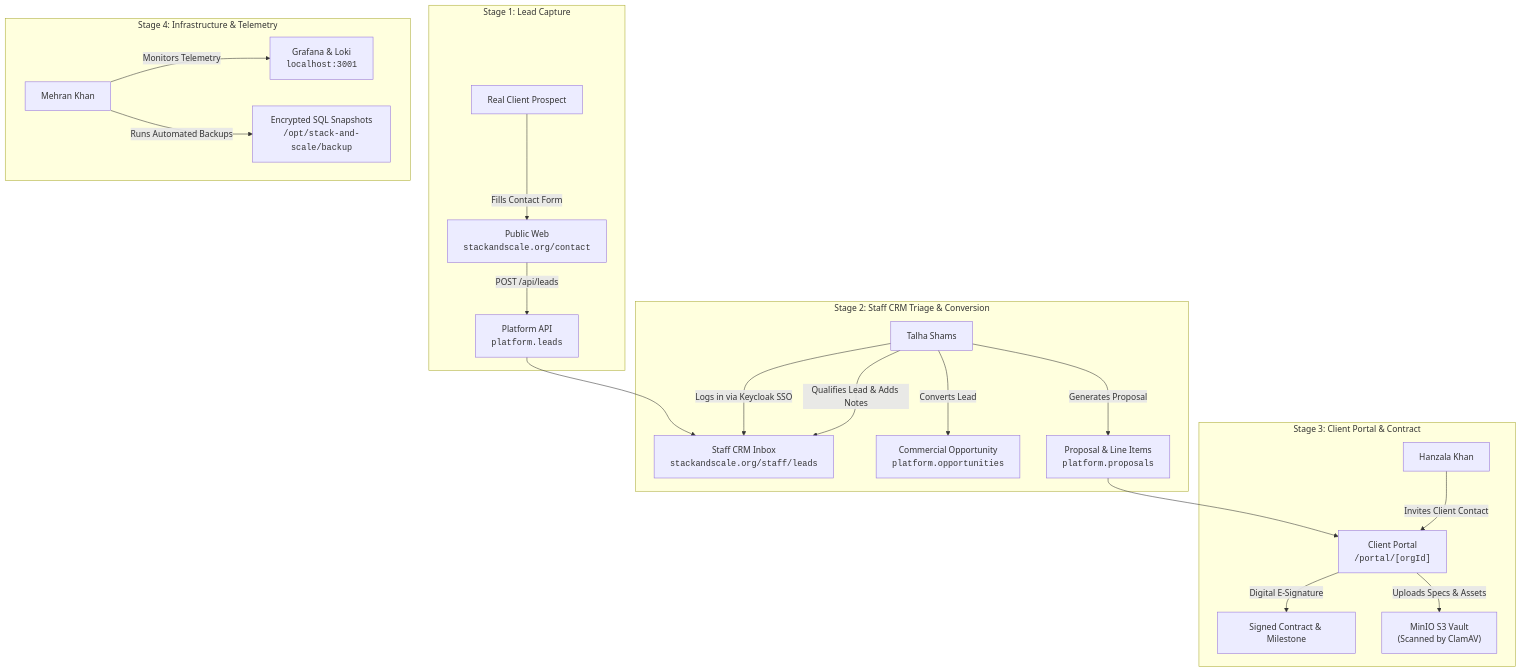
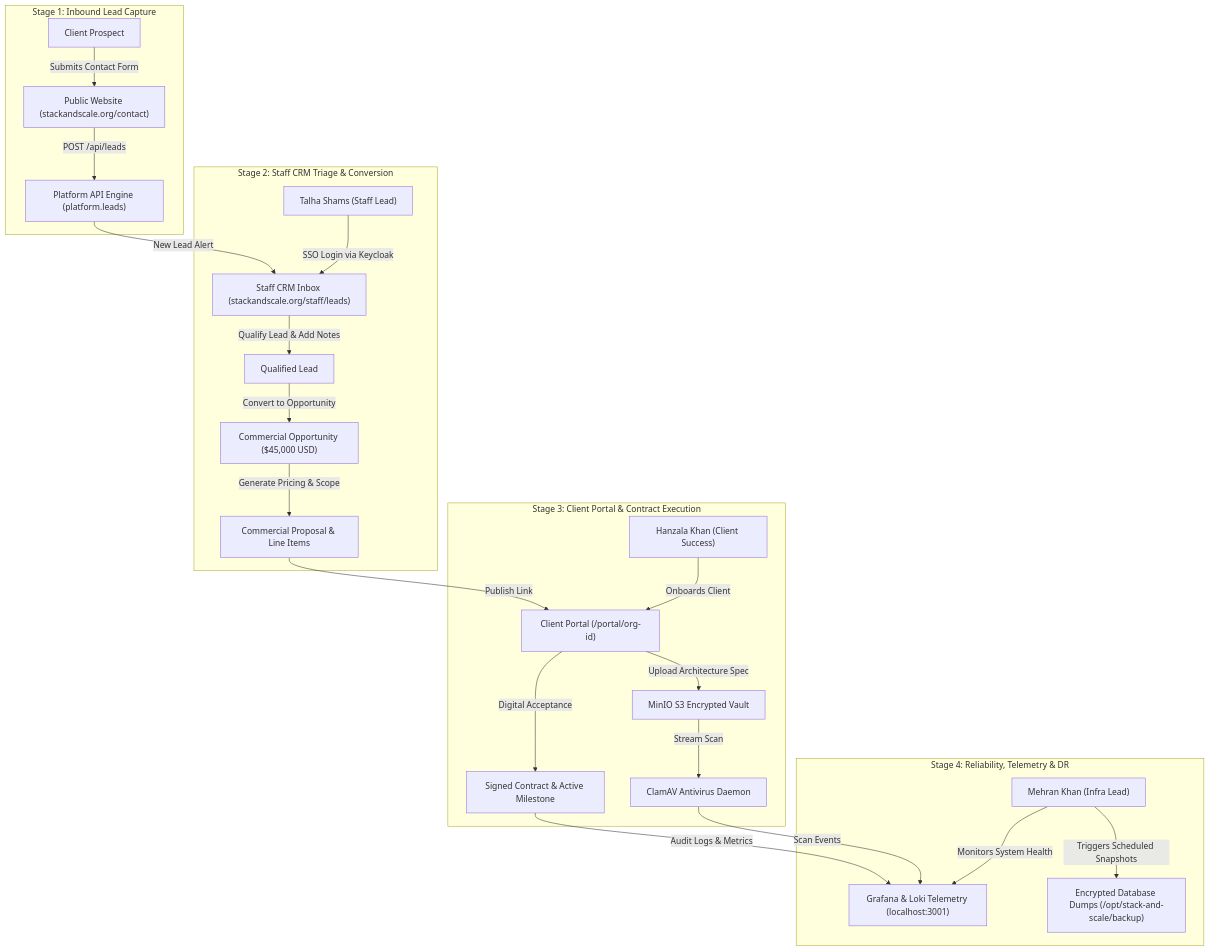
The diagram in docs/qa/TRAININGGUIDE.md (saadkhan2003/stack_and_scale), drawn with Mermaid before and after one commit.

Commit message:
docs(qa): fix mermaid flowchart syntax to ensure 100% rendering compatibility

````diff
--- a/docs/qa/TRAININGGUIDE.md
+++ b/docs/qa/TRAININGGUIDE.md
@@ -9,27 +9,30 @@
 ```mermaid
 flowchart TD
-    subgraph STAGE1["Stage 1: Lead Capture"]
-        C["Real Client Prospect"] -->|Fills Contact Form| W["Public Web<br/><code>stackandscale.org/contact</code>"]
-        W -->|POST /api/leads| API["Platform API<br/><code>platform.leads</code>"]
+    subgraph STAGE1["Stage 1: Inbound Lead Capture"]
+        C["Client Prospect"] -->|"Submits Contact Form"| W["Public Website (stackandscale.org/contact)"]
+        W -->|"POST /api/leads"| API["Platform API Engine (platform.leads)"]
     end
 
     subgraph STAGE2["Stage 2: Staff CRM Triage & Conversion"]
-        API --> S["Staff CRM Inbox<br/><code>stackandscale.org/staff/leads</code>"]
-        TS["Talha Shams"] -->|Logs in via Keycloak SSO| S
-        TS -->|Qualifies Lead & Adds Notes| S
-        TS -->|Converts Lead| OPP["Commercial Opportunity<br/><code>platform.opportunities</code>"]
-        TS -->|Generates Proposal| PROP["Proposal & Line Items<br/><code>platform.proposals</code>"]
+        API -->|"New Lead Alert"| S["Staff CRM Inbox (stackandscale.org/staff/leads)"]
+        TS["Talha Shams (Staff Lead)"] -->|"SSO Login via Keycloak"| S
+        S -->|"Qualify Lead & Add Notes"| QUAL["Qualified Lead"]
+        QUAL -->|"Convert to Opportunity"| OPP["Commercial Opportunity ($45,000 USD)"]
+        OPP -->|"Generate Pricing & Scope"| PROP["Commercial Proposal & Line Items"]
     end
 
-    subgraph STAGE3["Stage 3: Client Portal & Contract"]
-        PROP --> CP["Client Portal<br/><code>/portal/[orgId]</code>"]
-        HK["Hanzala Khan"] -->|Invites Client Contact| CP
-        CP -->|Digital E-Signature| SIGN["Signed Contract & Milestone"]
-        CP -->|Uploads Specs & Assets| MINIO["MinIO S3 Vault<br/>(Scanned by ClamAV)"]
+    subgraph STAGE3["Stage 3: Client Portal & Contract Execution"]
+        PROP -->|"Publish Link"| CP["Client Portal (/portal/org-id)"]
+        HK["Hanzala Khan (Client Success)"] -->|"Onboards Client"| CP
+        CP -->|"Digital Acceptance"| SIGN["Signed Contract & Active Milestone"]
+        CP -->|"Upload Architecture Spec"| MINIO["MinIO S3 Encrypted Vault"]
+        MINIO -->|"Stream Scan"| CLAM["ClamAV Antivirus Daemon"]
     end
 
-    subgraph STAGE4["Stage 4: Infrastructure & Telemetry"]
-        MK["Mehran Khan"] -->|Monitors Telemetry| GRAF["Grafana & Loki<br/><code>localhost:3001</code>"]
-        MK -->|Runs Automated Backups| BAK["Encrypted SQL Snapshots<br/><code>/opt/stack-and-scale/backup</code>"]
+    subgraph STAGE4["Stage 4: Reliability, Telemetry & DR"]
+        SIGN -->|"Audit Logs & Metrics"| GRAF["Grafana & Loki Telemetry (localhost:3001)"]
+        CLAM -->|"Scan Events"| GRAF
+        MK["Mehran Khan (Infra Lead)"] -->|"Monitors System Health"| GRAF
+        MK -->|"Triggers Scheduled Snapshots"| BAK["Encrypted Database Dumps (/opt/stack-and-scale/backup)"]
     end
 ```
````
